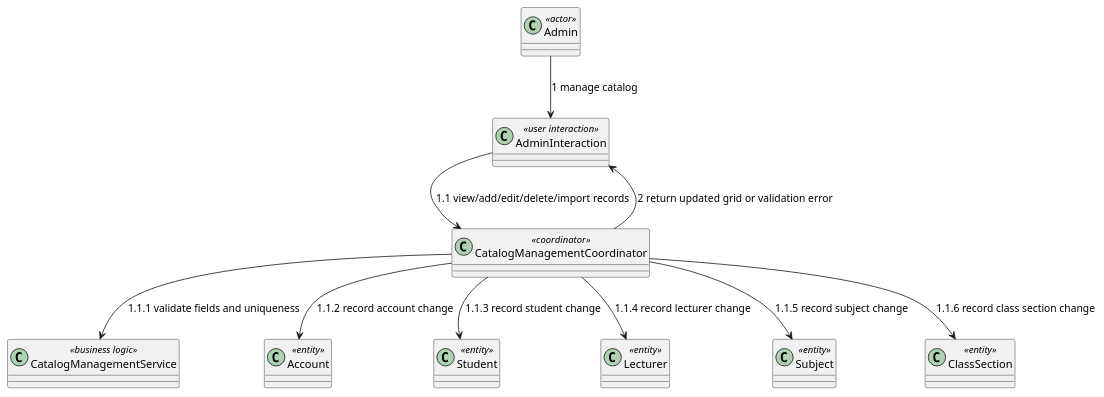
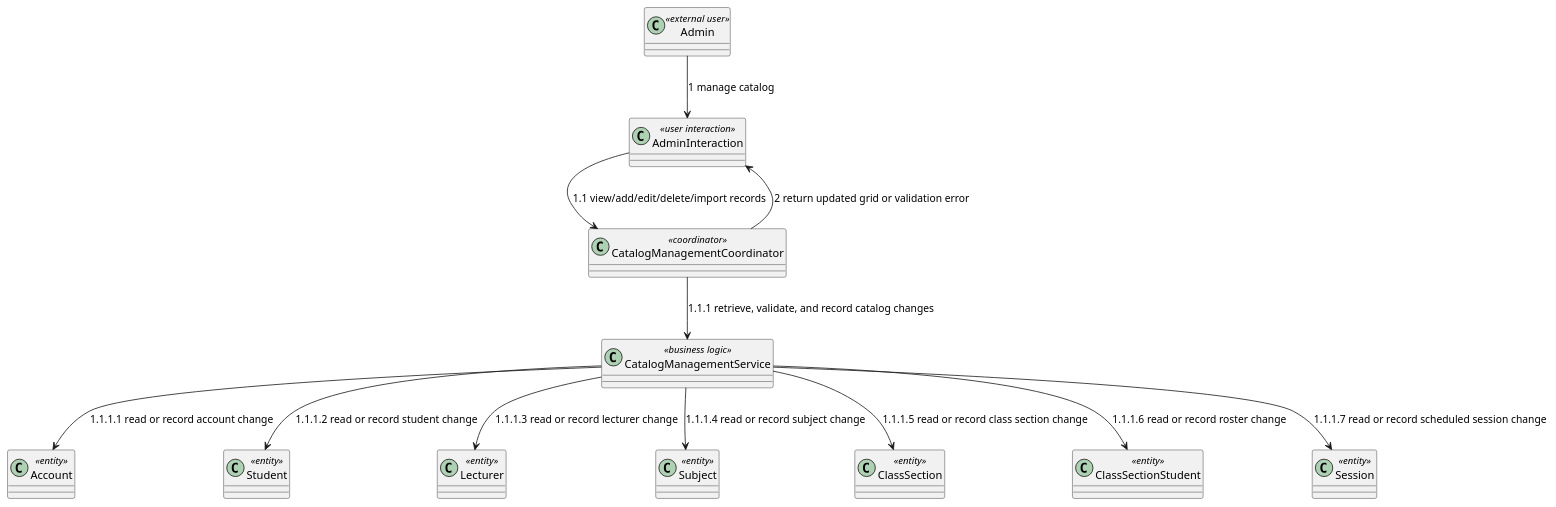
Before and after one commit to nttung42/SWD392: diagram 24 of 29 in docs/sds/2_Analysis.md, drawn with PlantUML. The commit also changed other lines of this file and 1 other file, not shown here.

````diff
--- a/docs/sds/2_Analysis.md
+++ b/docs/sds/2_Analysis.md
@@ -1177,23 +1248,27 @@
 ```plantuml
 @startuml
-class "Admin" as Admin <<actor>>
+class "Admin" as Admin <<external user>>
 class "AdminInteraction" as AdminUI <<user interaction>>
 class "CatalogManagementCoordinator" as CatalogControl <<coordinator>>
 class "CatalogManagementService" as CatalogRules <<business logic>>
 class "Account" as Account <<entity>>
 class "Student" as Student <<entity>>
 class "Lecturer" as Lecturer <<entity>>
 class "Subject" as Subject <<entity>>
 class "ClassSection" as ClassSection <<entity>>
+class "ClassSectionStudent" as ClassSectionStudent <<entity>>
+class "Session" as Session <<entity>>
 
 Admin --> AdminUI : 1 manage catalog
 AdminUI --> CatalogControl : 1.1 view/add/edit/delete/import records
-CatalogControl --> CatalogRules : 1.1.1 validate fields and uniqueness
-CatalogControl --> Account : 1.1.2 record account change
-CatalogControl --> Student : 1.1.3 record student change
-CatalogControl --> Lecturer : 1.1.4 record lecturer change
-CatalogControl --> Subject : 1.1.5 record subject change
-CatalogControl --> ClassSection : 1.1.6 record class section change
+CatalogControl --> CatalogRules : 1.1.1 retrieve, validate, and record catalog changes
+CatalogRules --> Account : 1.1.1.1 read or record account change
+CatalogRules --> Student : 1.1.1.2 read or record student change
+CatalogRules --> Lecturer : 1.1.1.3 read or record lecturer change
+CatalogRules --> Subject : 1.1.1.4 read or record subject change
+CatalogRules --> ClassSection : 1.1.1.5 read or record class section change
+CatalogRules --> ClassSectionStudent : 1.1.1.6 read or record roster change
+CatalogRules --> Session : 1.1.1.7 read or record scheduled session change
 CatalogControl --> AdminUI : 2 return updated grid or validation error
 @enduml
 ```
````
